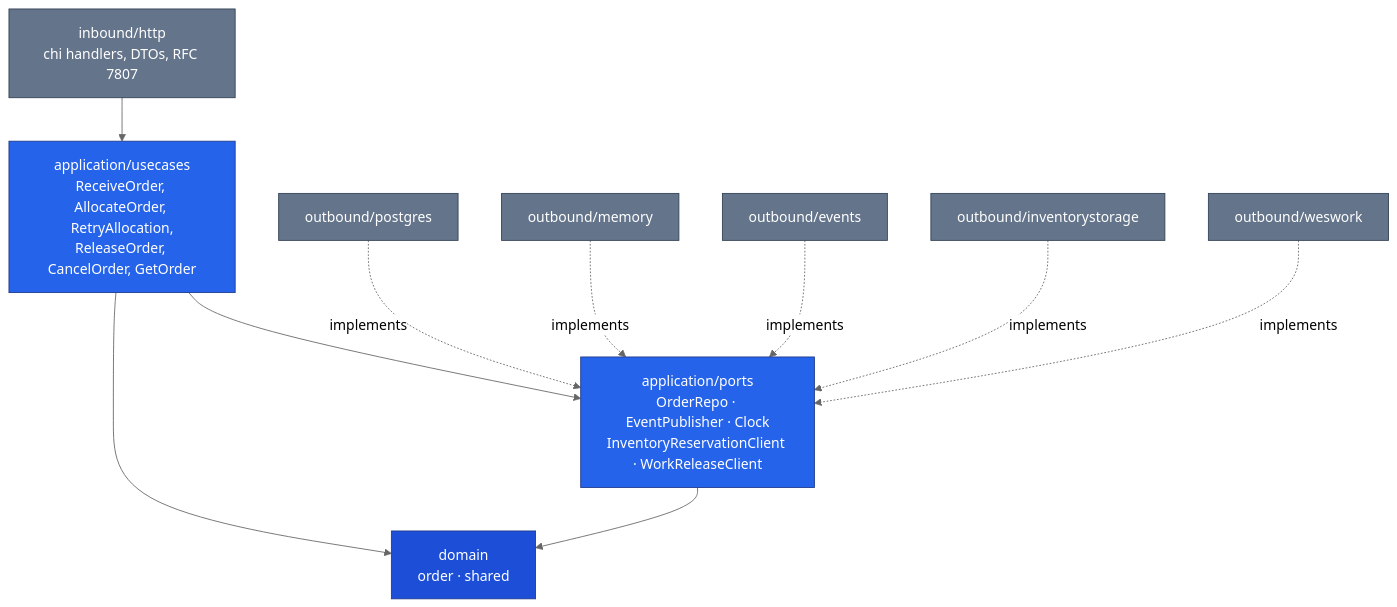
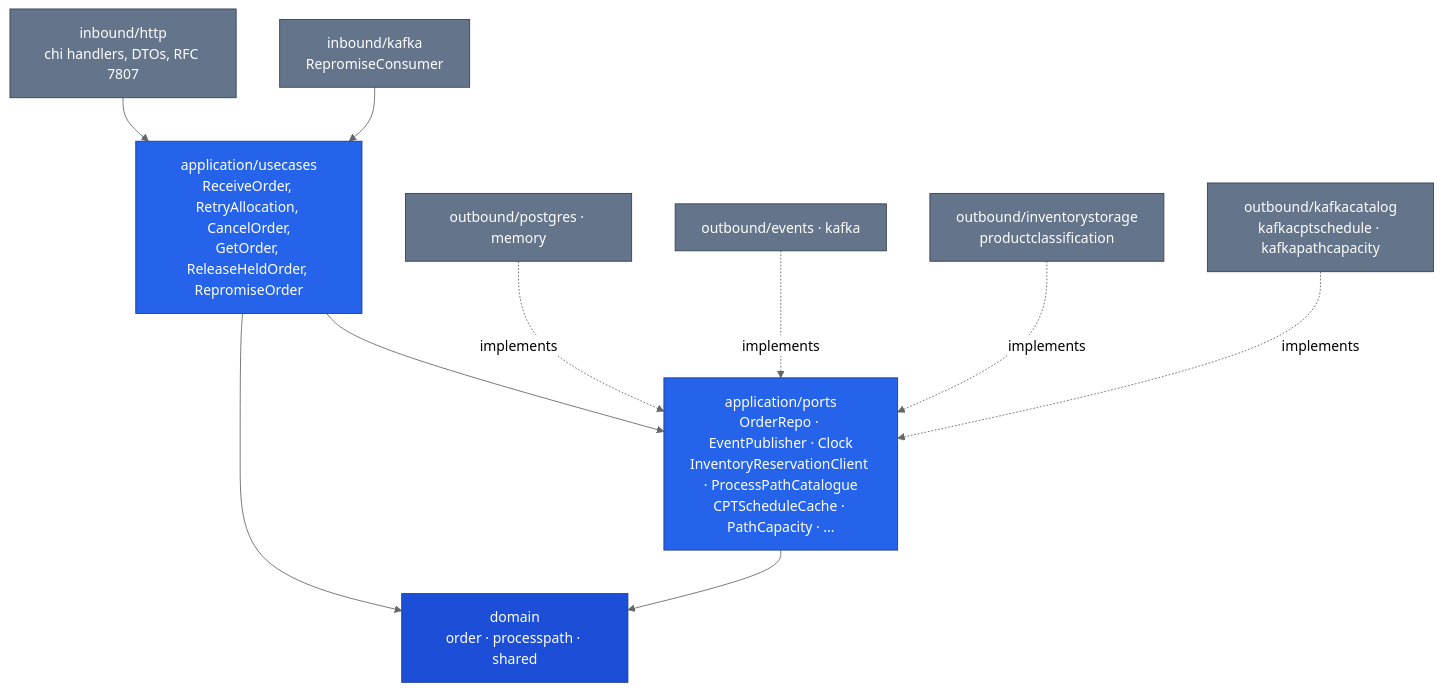
One commit to claudioed/order-management changed the diagram in docs/docs/overview/architecture.md. Above: the diagram before and after it, drawn with Mermaid (neutral theme). The commit also changed other lines of this file and 40 other files, not shown here.

````diff
--- a/docs/docs/overview/architecture.md
+++ b/docs/docs/overview/architecture.md
@@ -45,29 +63,29 @@
 ```mermaid
 flowchart TB
   HTTP["inbound/http<br/>chi handlers, DTOs, RFC 7807"]
-  UC["application/usecases<br/>ReceiveOrder, AllocateOrder, RetryAllocation,<br/>ReleaseOrder, CancelOrder, GetOrder"]
-  P["application/ports<br/>OrderRepo · EventPublisher · Clock<br/>InventoryReservationClient · WorkReleaseClient"]
-  D["domain<br/>order · shared"]
-  PG["outbound/postgres"]
-  MEM["outbound/memory"]
-  EV["outbound/events"]
-  INVC["outbound/inventorystorage"]
-  WESC["outbound/weswork"]
+  KIN["inbound/kafka<br/>RepromiseConsumer"]
+  UC["application/usecases<br/>ReceiveOrder, RetryAllocation, CancelOrder,<br/>GetOrder, ReleaseHeldOrder, RepromiseOrder"]
+  P["application/ports<br/>OrderRepo · EventPublisher · Clock<br/>InventoryReservationClient · ProcessPathCatalogue<br/>CPTScheduleCache · PathCapacity · ..."]
+  D["domain<br/>order · processpath · shared"]
+  PG["outbound/postgres · memory"]
+  EV["outbound/events · kafka"]
+  INVC["outbound/inventorystorage<br/>productclassification"]
+  CACHE["outbound/kafkacatalog<br/>kafkacptschedule · kafkapathcapacity"]
 
   HTTP --> UC
+  KIN --> UC
   UC --> P
   UC --> D
   P --> D
   PG -.implements.-> P
-  MEM -.implements.-> P
   EV -.implements.-> P
   INVC -.implements.-> P
-  WESC -.implements.-> P
+  CACHE -.implements.-> P
 
   classDef dom fill:#1d4ed8,stroke:#1e3a8a,color:#fff;
   classDef app fill:#2563eb,stroke:#1e3a8a,color:#fff;
   classDef adp fill:#64748b,stroke:#334155,color:#fff;
   class D dom;
   class UC,P app;
-  class HTTP,PG,MEM,EV,INVC,WESC adp;
+  class HTTP,KIN,PG,EV,INVC,CACHE adp;
 ```
````
